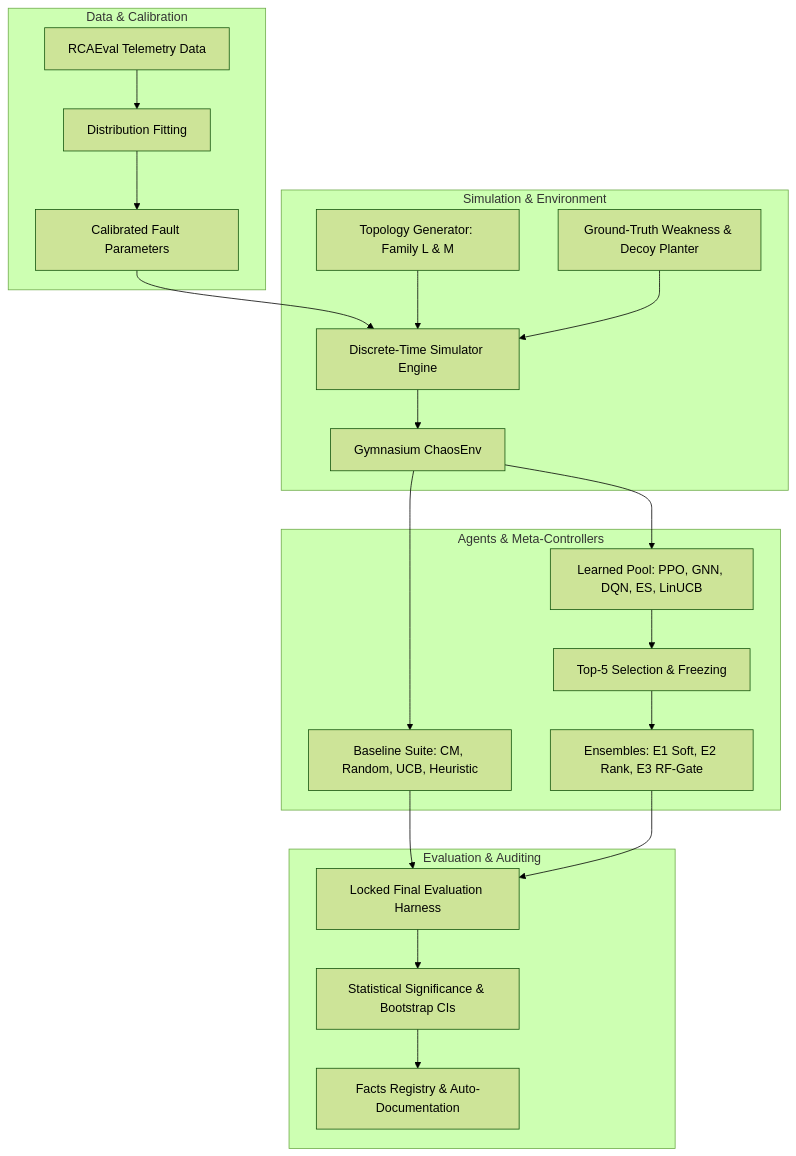
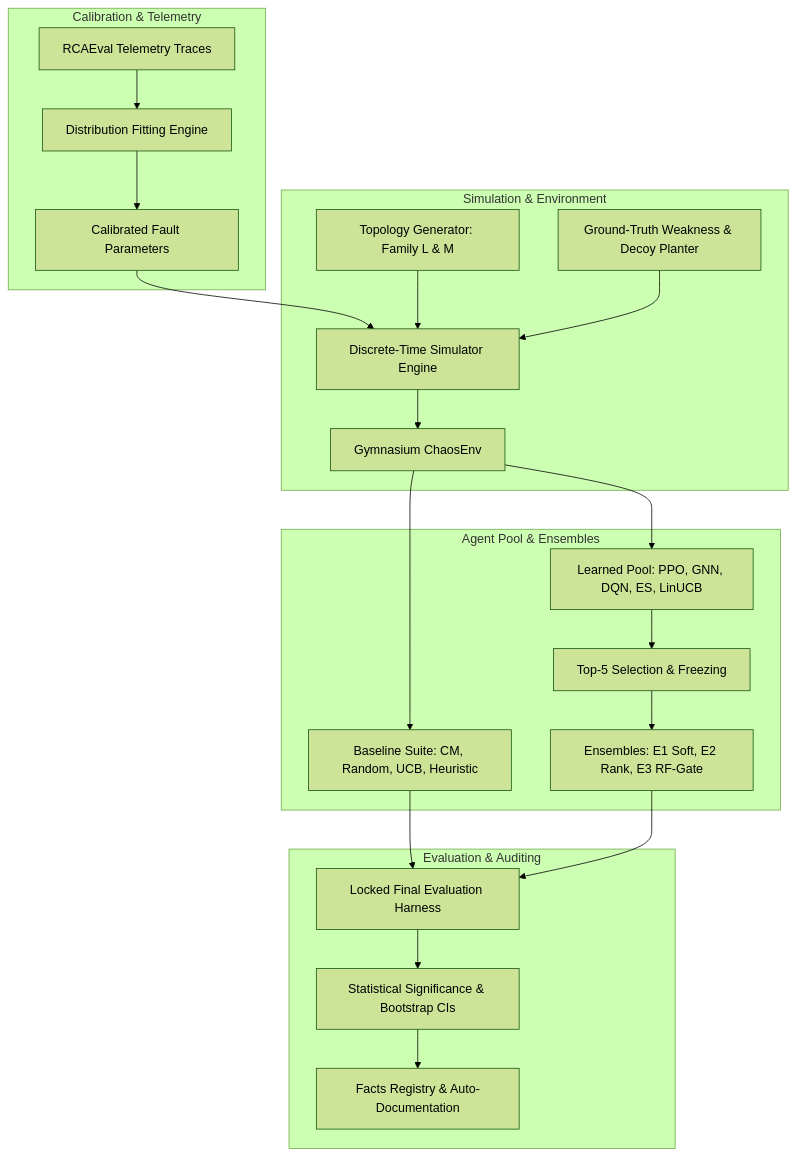
The diagram in docs/OVERALL.md (Felix-au/ChaosRL-A-New-Approach-to-Microservice-Chaos-Engineering), drawn with Mermaid (forest theme) before and after one commit. The commit also changed other lines of this file and 1 other file, not shown here.

````diff
--- a/docs/OVERALL.md
+++ b/docs/OVERALL.md
@@ -47,28 +47,28 @@
 ```mermaid
 flowchart TD
-    subgraph Data & Calibration
-        D1[RCAEval Telemetry Data] --> D2[Distribution Fitting]
+    subgraph Calibration & Telemetry
+        D1[RCAEval Telemetry Traces] --> D2[Distribution Fitting Engine]
         D2 --> D3[Calibrated Fault Parameters]
     end
 
     subgraph Simulation & Environment
         D3 --> S1[Discrete-Time Simulator Engine]
         S2[Topology Generator: Family L & M] --> S1
         S3[Ground-Truth Weakness & Decoy Planter] --> S1
         S1 --> E1[Gymnasium ChaosEnv]
     end
 
-    subgraph Agents & Meta-Controllers
+    subgraph Agent Pool & Ensembles
         E1 --> A1[Baseline Suite: CM, Random, UCB, Heuristic]
         E1 --> A2[Learned Pool: PPO, GNN, DQN, ES, LinUCB]
         A2 --> EN1[Top-5 Selection & Freezing]
         EN1 --> EN2[Ensembles: E1 Soft, E2 Rank, E3 RF-Gate]
     end
 
     subgraph Evaluation & Auditing
         A1 --> EV1[Locked Final Evaluation Harness]
         EN2 --> EV1
         EV1 --> EV2[Statistical Significance & Bootstrap CIs]
         EV2 --> EV3[Facts Registry & Auto-Documentation]
     end
 ```
````
